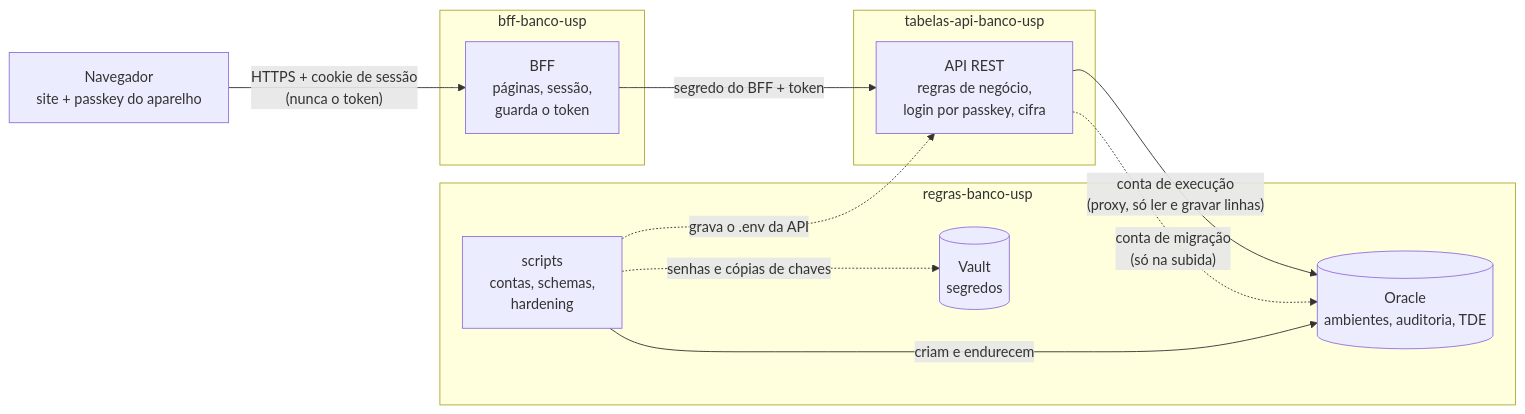
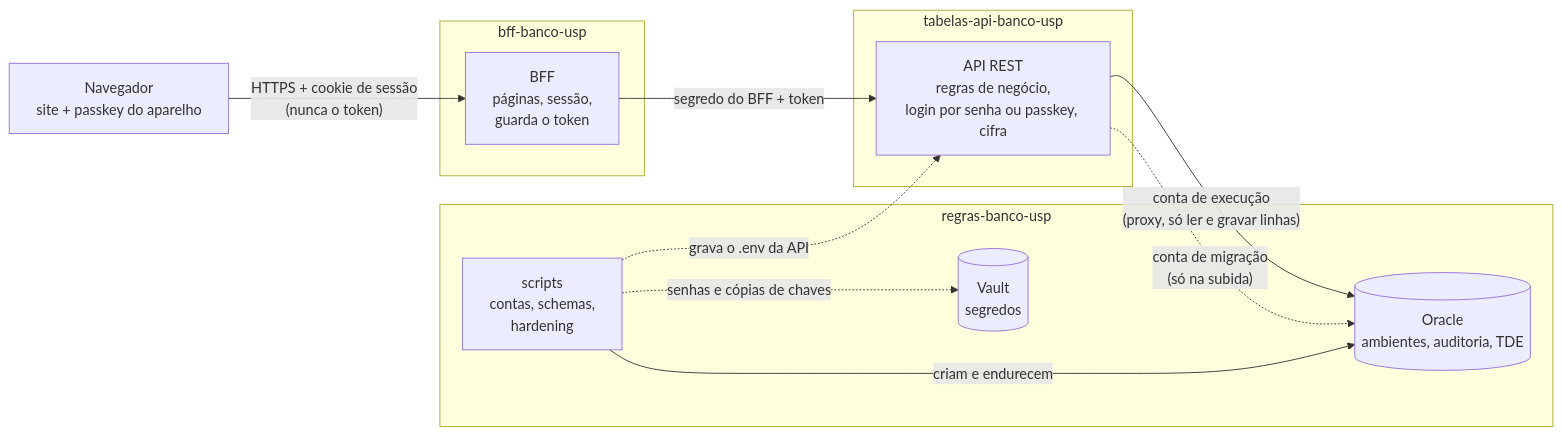
One commit to caioteixeir4/tabelas-api-banco-usp changed the diagram in README.md. Above: the diagram before and after it, drawn with Mermaid. The commit also changed other lines of this file and 19 other files, not shown here.

````diff
--- a/README.md
+++ b/README.md
@@ -23,22 +23,22 @@
 ```mermaid
 flowchart LR
     NAV["Navegador<br/>site + passkey do aparelho"]
     subgraph BFF["bff-banco-usp"]
         B["BFF<br/>páginas, sessão,<br/>guarda o token"]
     end
     subgraph API["tabelas-api-banco-usp"]
-        A["API REST<br/>regras de negócio,<br/>login por passkey, cifra"]
+        A["API REST<br/>regras de negócio,<br/>login por senha ou passkey, cifra"]
     end
     subgraph REGRAS["regras-banco-usp"]
         S["scripts<br/>contas, schemas,<br/>hardening"]
         O[("Oracle<br/>ambientes, auditoria, TDE")]
         V[("Vault<br/>segredos")]
     end
     NAV -- "HTTPS + cookie de sessão<br/>(nunca o token)" --> B
     B -- "segredo do BFF + token" --> A
     A -- "conta de execução<br/>(proxy, só ler e gravar linhas)" --> O
     A -. "conta de migração<br/>(só na subida)" .-> O
     S -- "criam e endurecem" --> O
     S -. "senhas e cópias de chaves" .-> V
     S -. "grava o .env da API" .-> A
 ```
````
